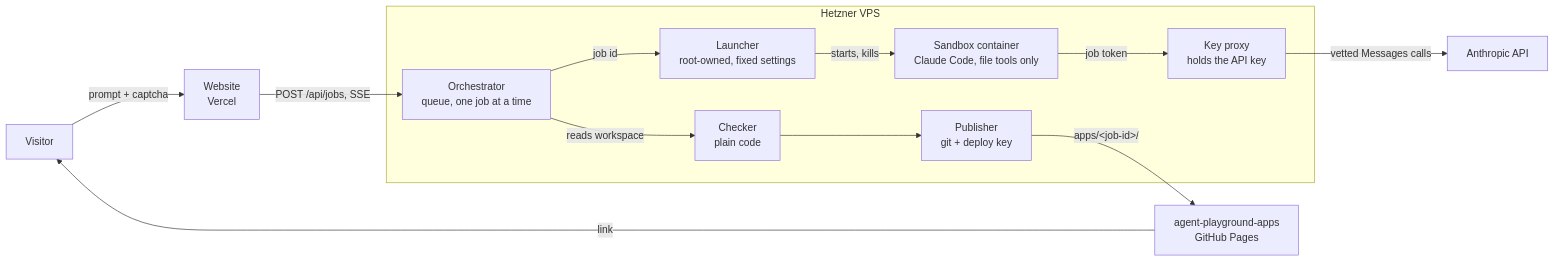
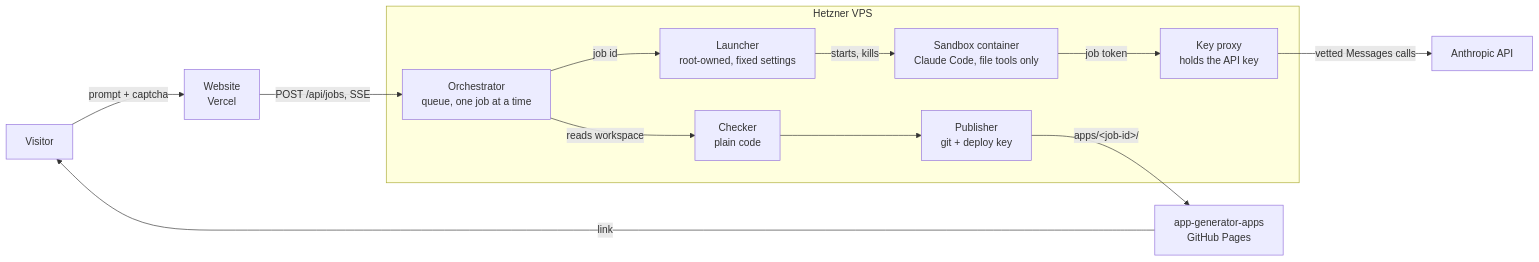
Before and after one commit to LukasB3/agent-playground: the diagram in README.md, drawn with Mermaid. The commit also changed other lines of this file and 27 other files, not shown here.

Commit message:
chore: rename the project to App Generator (#17)

````diff
--- a/README.md
+++ b/README.md
@@ -9,15 +9,15 @@
 ```mermaid
 flowchart LR
   V[Visitor] -->|prompt + captcha| W[Website<br/>Vercel]
   W -->|POST /api/jobs, SSE| O[Orchestrator<br/>queue, one job at a time]
   subgraph VPS[Hetzner VPS]
     O -->|job id| L[Launcher<br/>root-owned, fixed settings]
     L -->|starts, kills| S[Sandbox container<br/>Claude Code, file tools only]
     S -->|job token| P[Key proxy<br/>holds the API key]
     O -->|reads workspace| C[Checker<br/>plain code]
     C --> G[Publisher<br/>git + deploy key]
   end
   P -->|vetted Messages calls| A[Anthropic API]
-  G -->|apps/&lt;job-id&gt;/| R[agent-playground-apps<br/>GitHub Pages]
+  G -->|apps/&lt;job-id&gt;/| R[app-generator-apps<br/>GitHub Pages]
   R -->|link| V
 ```
````
